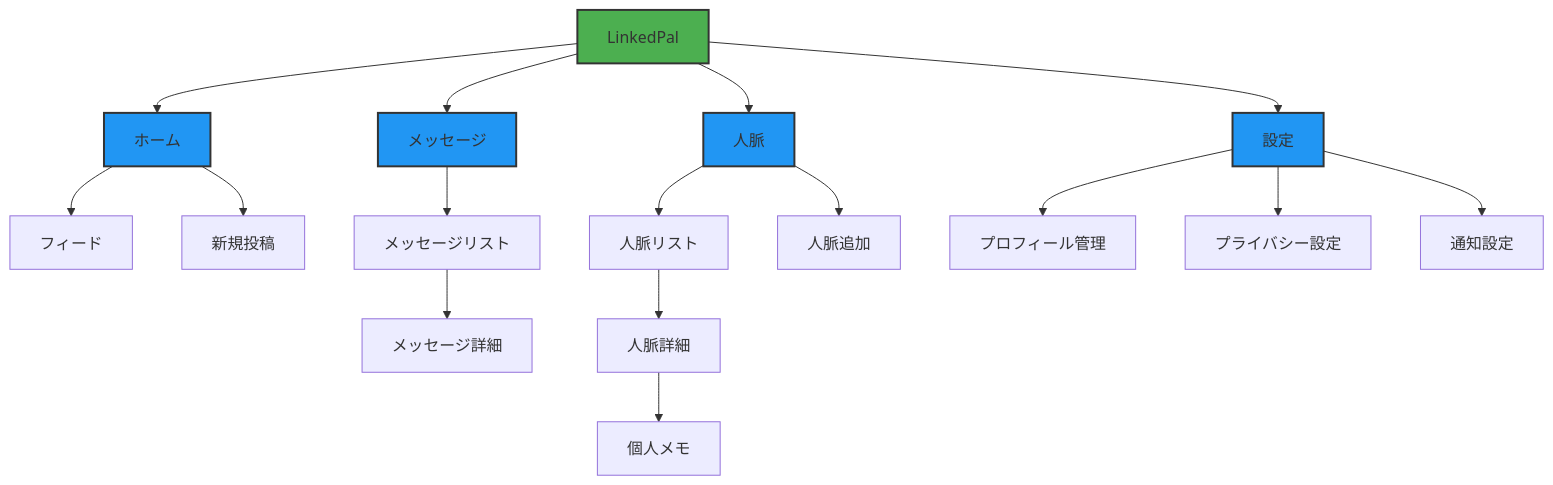
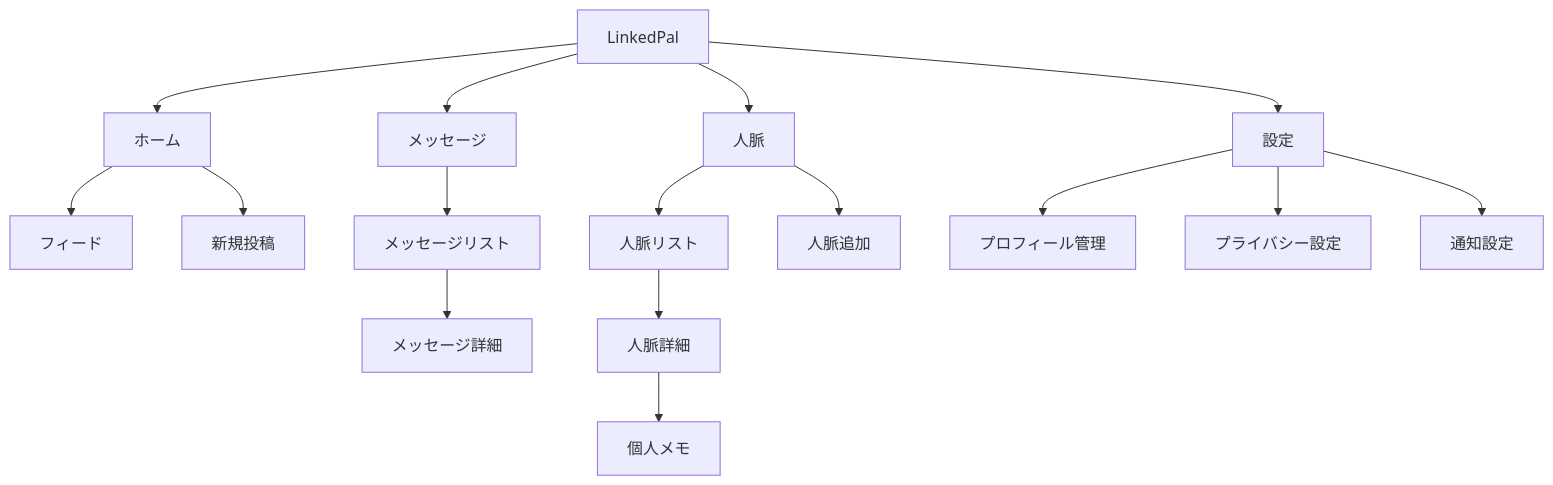
Before and after one commit to hamatz/tech_doc: the fifth of 11 diagrams in uiux_book.md, drawn with Mermaid. The commit also changed other lines of this file, not shown here.

````diff
--- a/uiux_book.md
+++ b/uiux_book.md
@@ -868,28 +868,22 @@
 ```mermaid
 graph TD
     A[LinkedPal] --> B[ホーム]
     A --> C[メッセージ]
     A --> D[人脈]
     A --> E[設定]
     
     B --> F[フィード]
     B --> G[新規投稿]
     
     C --> H[メッセージリスト]
     H --> I[メッセージ詳細]
     
     D --> J[人脈リスト]
     J --> K[人脈詳細]
     K --> L[個人メモ]
     D --> M[人脈追加]
     
     E --> N[プロフィール管理]
     E --> O[プライバシー設定]
     E --> P[通知設定]
-    
-    style A fill:#4CAF50,stroke:#333,stroke-width:2px
-    style B fill:#2196F3,stroke:#333,stroke-width:2px
-    style C fill:#2196F3,stroke:#333,stroke-width:2px
-    style D fill:#2196F3,stroke:#333,stroke-width:2px
-    style E fill:#2196F3,stroke:#333,stroke-width:2px
 ```
````
